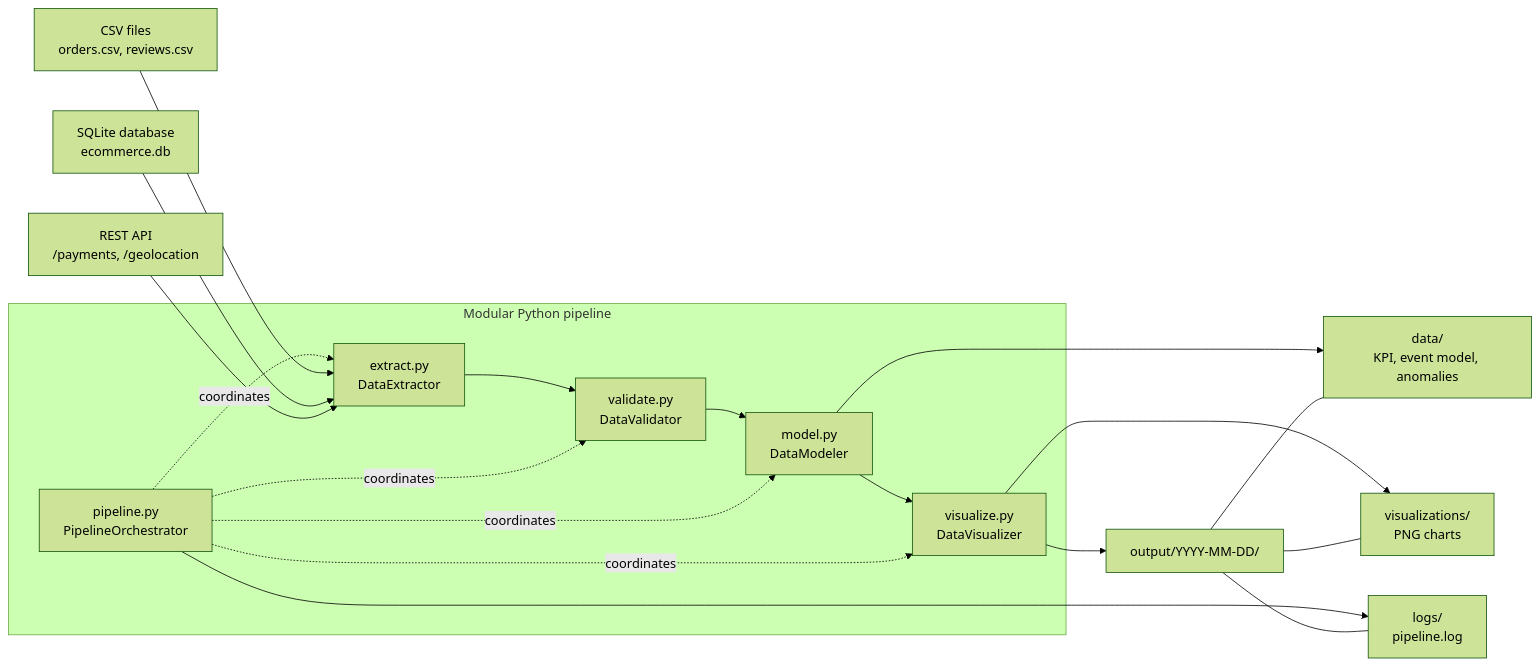
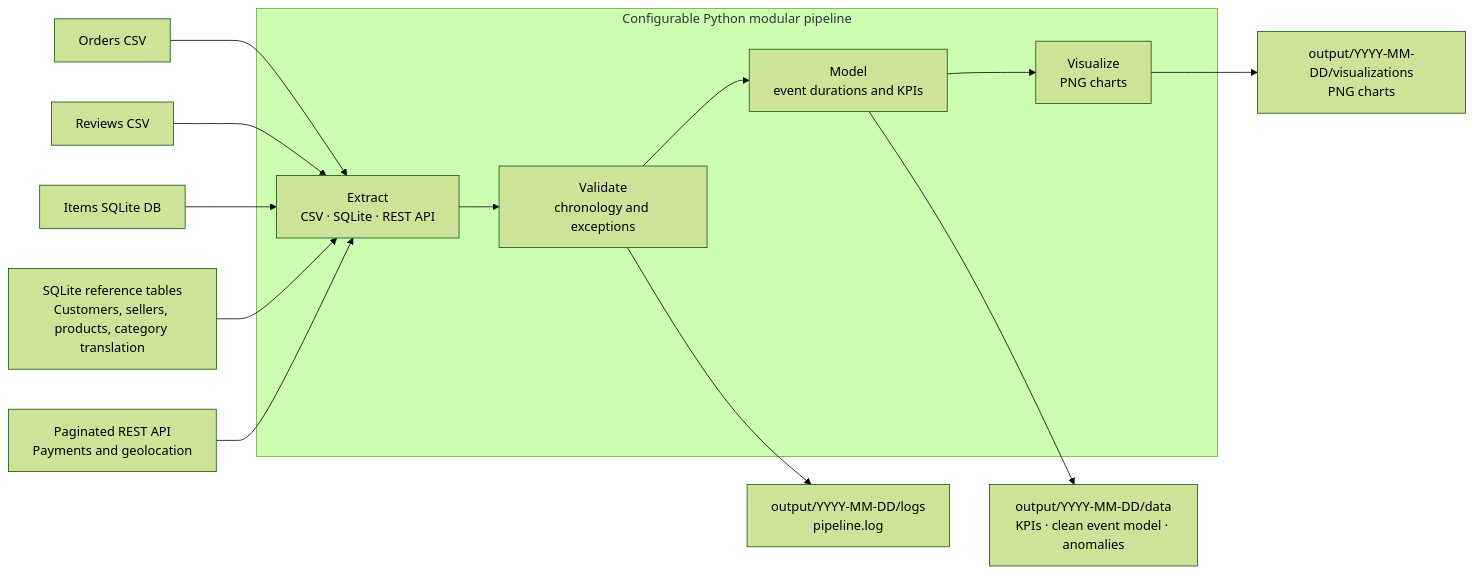
One commit to MineshShaw/olist-fde-pipeline changed the first of 2 diagrams in README.md. Above: the diagram before and after it, drawn with Mermaid (forest theme). The commit also changed other lines of this file and 19 other files, not shown here.

````diff
--- a/README.md
+++ b/README.md
@@ -75,23 +115,26 @@
 ```mermaid
 flowchart LR
-    CSV["CSV files<br/>orders.csv, reviews.csv"]
-    SQLite["SQLite database<br/>ecommerce.db"]
-    API["REST API<br/>/payments, /geolocation"]
-    subgraph Pipeline["Modular Python pipeline"]
-        Extract["extract.py<br/>DataExtractor"] --> Validate["validate.py<br/>DataValidator"] --> Model["model.py<br/>DataModeler"] --> Visualize["visualize.py<br/>DataVisualizer"]
-        Orchestrate["pipeline.py<br/>PipelineOrchestrator"] -. coordinates .-> Extract
-        Orchestrate -. coordinates .-> Validate
-        Orchestrate -. coordinates .-> Model
-        Orchestrate -. coordinates .-> Visualize
+    OrdersCSV["Orders CSV"]
+    ReviewsCSV["Reviews CSV"]
+    ItemsDB["Items SQLite DB"]
+    ReferenceDB["SQLite reference tables<br/>Customers, sellers, products, category translation"]
+    RestAPI["Paginated REST API<br/>Payments and geolocation"]
+
+    subgraph Pipeline["Configurable Python modular pipeline"]
+        Extract["Extract<br/>CSV · SQLite · REST API"]
+        Validate["Validate<br/>chronology and exceptions"]
+        Model["Model<br/>event durations and KPIs"]
+        Visualize["Visualize<br/>PNG charts"]
+        Extract --> Validate --> Model --> Visualize
     end
-    CSV --> Extract
-    SQLite --> Extract
-    API --> Extract
-    Visualize --> Output["output/YYYY-MM-DD/"]
-    Model --> Data["data/<br/>KPI, event model, anomalies"]
-    Visualize --> Charts["visualizations/<br/>PNG charts"]
-    Orchestrate --> Logs["logs/<br/>pipeline.log"]
-    Output --- Data
-    Output --- Charts
-    Output --- Logs
+
+    OrdersCSV --> Extract
+    ReviewsCSV --> Extract
+    ItemsDB --> Extract
+    ReferenceDB --> Extract
+    RestAPI --> Extract
+
+    Model --> DataOut["output/YYYY-MM-DD/data<br/>KPIs · clean event model · anomalies"]
+    Visualize --> VizOut["output/YYYY-MM-DD/visualizations<br/>PNG charts"]
+    Validate --> LogsOut["output/YYYY-MM-DD/logs<br/>pipeline.log"]
 ```
````
